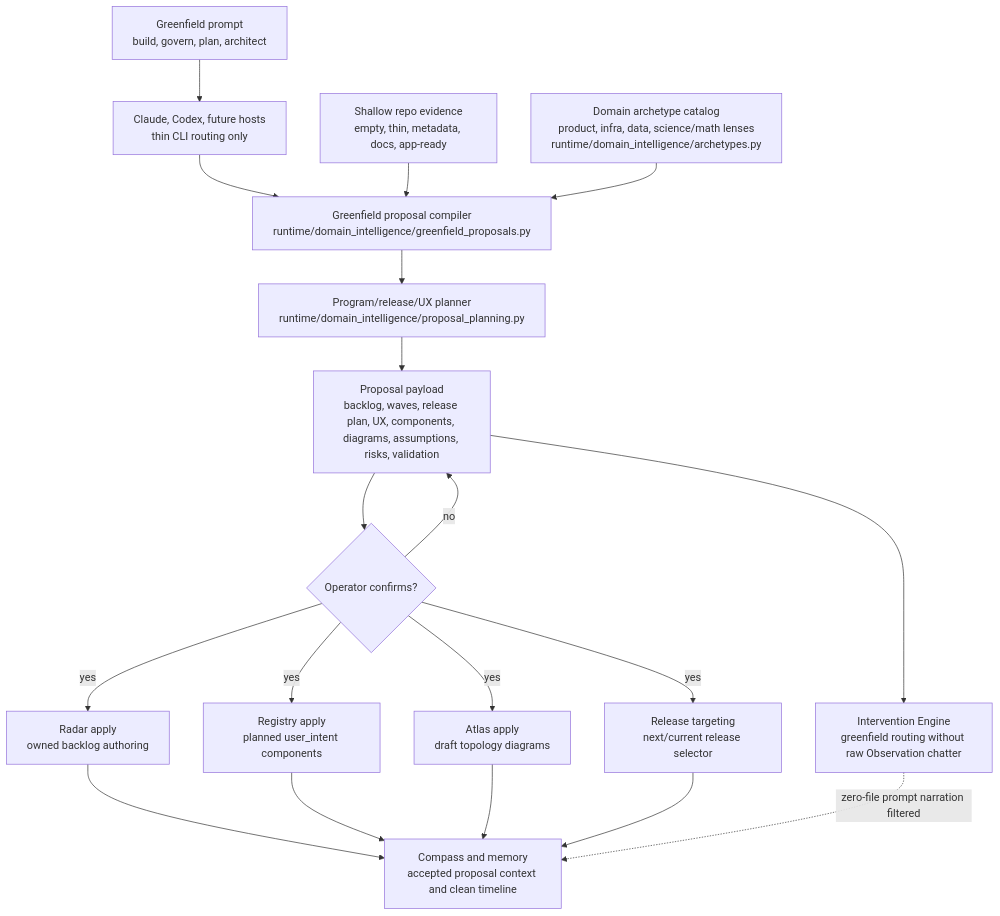
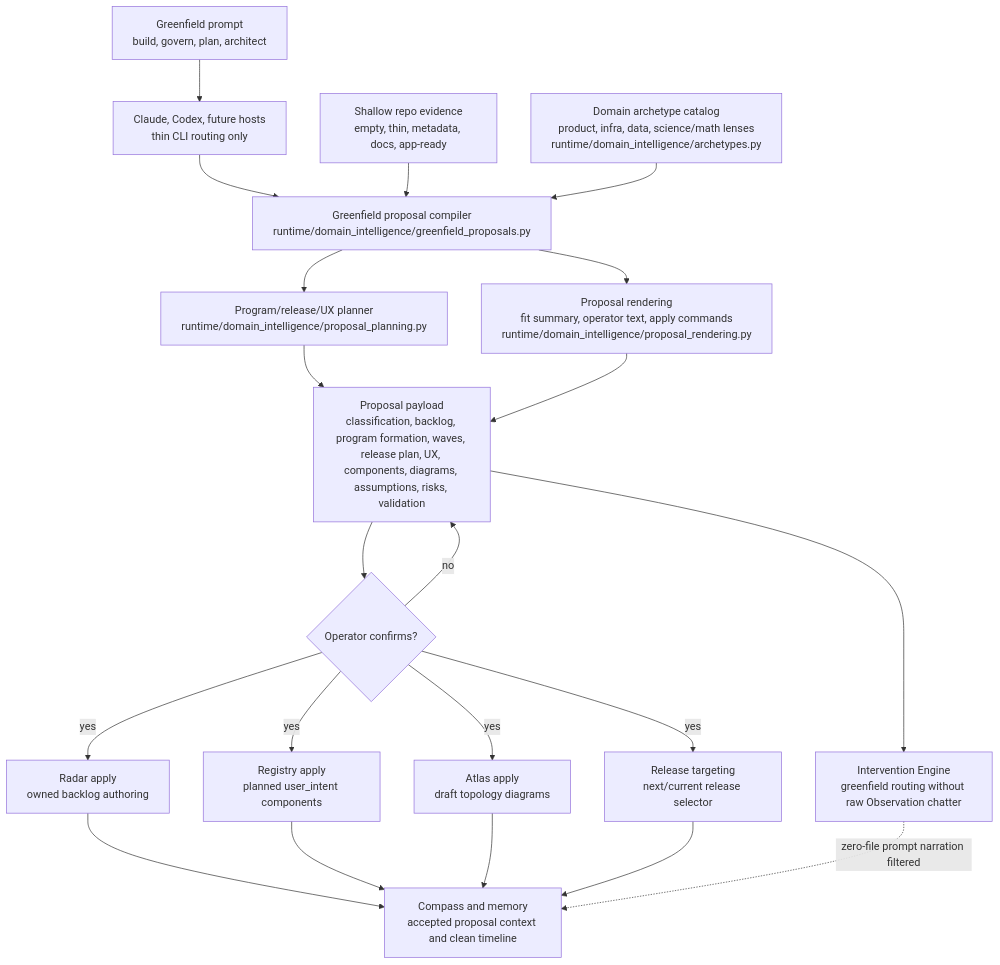
Before and after one commit to odylith/odylith: the diagram in odylith/atlas/source/domain-intelligence-greenfield-governance.mmd, drawn with Mermaid. The commit also changed 61 other files, not shown here.

Commit message:
Deepen greenfield proposal fit

```diff
--- a/odylith/atlas/source/domain-intelligence-greenfield-governance.mmd
+++ b/odylith/atlas/source/domain-intelligence-greenfield-governance.mmd
@@ -1,34 +1,37 @@
 flowchart TB
     prompt["Greenfield prompt<br/>build, govern, plan, architect"]
     source["Shallow repo evidence<br/>empty, thin, metadata, docs, app-ready"]
     catalog["Domain archetype catalog<br/>product, infra, data, science/math lenses<br/>runtime/domain_intelligence/archetypes.py"]
     compiler["Greenfield proposal compiler<br/>runtime/domain_intelligence/greenfield_proposals.py"]
     planning["Program/release/UX planner<br/>runtime/domain_intelligence/proposal_planning.py"]
-    proposal["Proposal payload<br/>backlog, waves, release plan, UX, components, diagrams, assumptions, risks, validation"]
+    rendering["Proposal rendering<br/>fit summary, operator text, apply commands<br/>runtime/domain_intelligence/proposal_rendering.py"]
+    proposal["Proposal payload<br/>classification, backlog, program formation, waves, release plan, UX, components, diagrams, assumptions, risks, validation"]
     confirm{"Operator confirms?"}
     radar["Radar apply<br/>owned backlog authoring"]
     registry["Registry apply<br/>planned user_intent components"]
     atlas["Atlas apply<br/>draft topology diagrams"]
     release["Release targeting<br/>next/current release selector"]
     compass["Compass and memory<br/>accepted proposal context and clean timeline"]
     intervention["Intervention Engine<br/>greenfield routing without raw Observation chatter"]
     host["Claude, Codex, future hosts<br/>thin CLI routing only"]
 
     prompt --> host
     host --> compiler
     source --> compiler
     catalog --> compiler
     compiler --> planning
     planning --> proposal
+    compiler --> rendering
+    rendering --> proposal
     proposal --> intervention
     proposal --> confirm
     confirm -- "no" --> proposal
     confirm -- "yes" --> radar
     confirm -- "yes" --> registry
     confirm -- "yes" --> atlas
     confirm -- "yes" --> release
     radar --> compass
     registry --> compass
     atlas --> compass
     release --> compass
     intervention -. "zero-file prompt narration filtered" .-> compass
```
